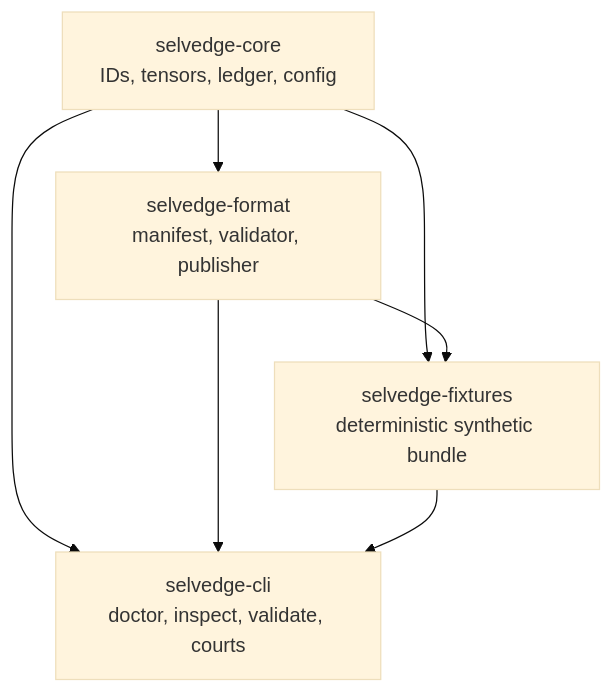
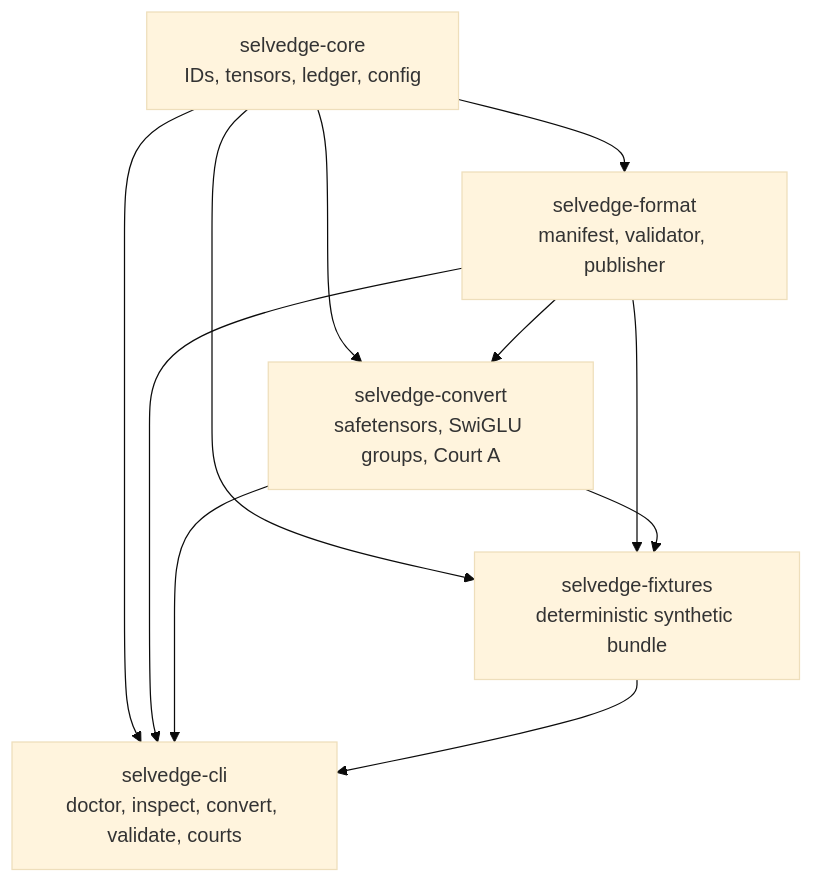
One commit to infinityabundance/SELVEDGE changed the first of 3 diagrams in docs/ARCHITECTURE.md. Above: the diagram before and after it, drawn with Mermaid (base theme). The commit also changed other lines of this file and 29 other files, not shown here.

Commit message:
Add exact SwiGLU conversion, safetensors reader and Court A

````diff
--- a/docs/ARCHITECTURE.md
+++ b/docs/ARCHITECTURE.md
@@ -9,14 +9,19 @@
 ```mermaid
 flowchart TD
     core[selvedge-core<br/>IDs, tensors, ledger, config]
     format[selvedge-format<br/>manifest, validator, publisher]
+    convert[selvedge-convert<br/>safetensors, SwiGLU groups, Court A]
     fixtures[selvedge-fixtures<br/>deterministic synthetic bundle]
-    cli[selvedge-cli<br/>doctor, inspect, validate, courts]
+    cli[selvedge-cli<br/>doctor, inspect, convert, validate, courts]
 
     core --> format
+    core --> convert
+    format --> convert
     core --> fixtures
     format --> fixtures
+    convert --> fixtures
     core --> cli
     format --> cli
+    convert --> cli
     fixtures --> cli
 ```
````
